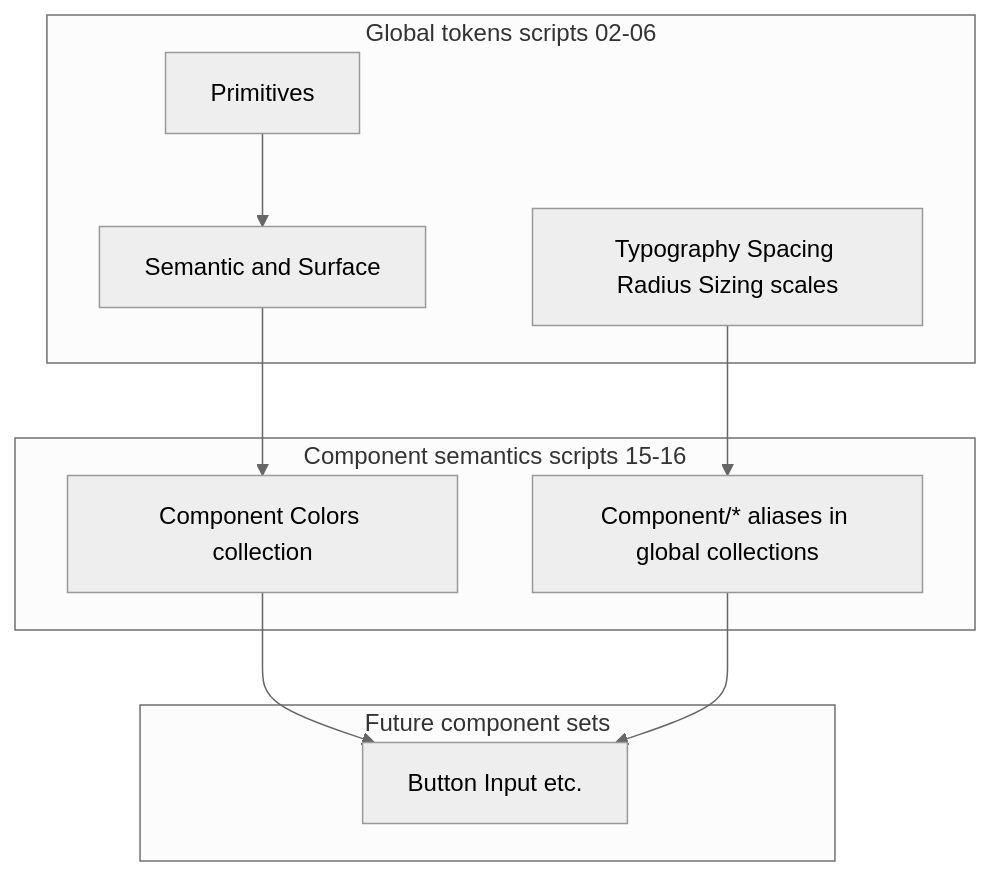
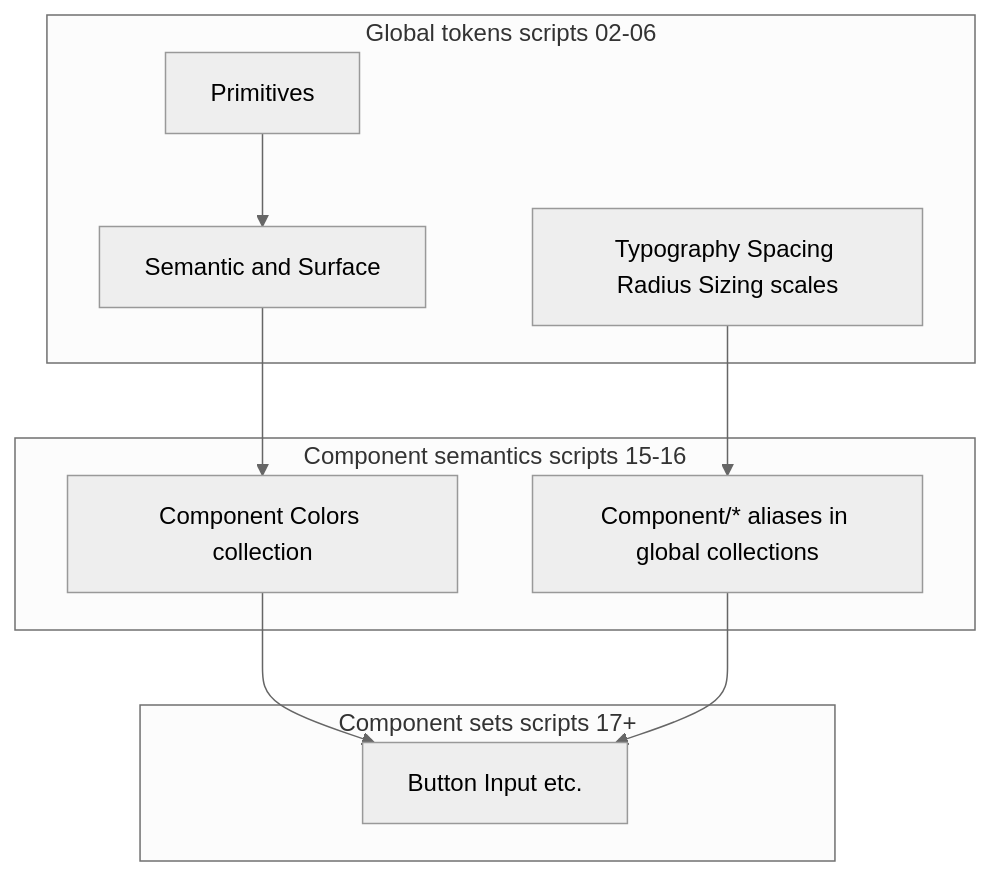
Before and after one commit to k-aksha/Figma-design-system-agent-access-wizard: the diagram in docs/COMPONENT-TOKENS.md, drawn with Mermaid (neutral theme). The commit also changed other lines of this file and 30 other files, not shown here.

````diff
--- a/docs/COMPONENT-TOKENS.md
+++ b/docs/COMPONENT-TOKENS.md
@@ -7,20 +7,20 @@
 ```mermaid
 flowchart TB
   subgraph global [Global tokens scripts 02-06]
     P[Primitives]
     S[Semantic and Surface]
     T[Typography Spacing Radius Sizing scales]
   end
   subgraph component [Component semantics scripts 15-16]
     CC[Component Colors collection]
     CD["Component/* aliases in global collections"]
   end
-  subgraph figma [Future component sets]
+  subgraph figma [Component sets scripts 17+]
     C[Button Input etc.]
   end
   P --> S
   S --> CC
   T --> CD
   CC --> C
   CD --> C
 ```
````
